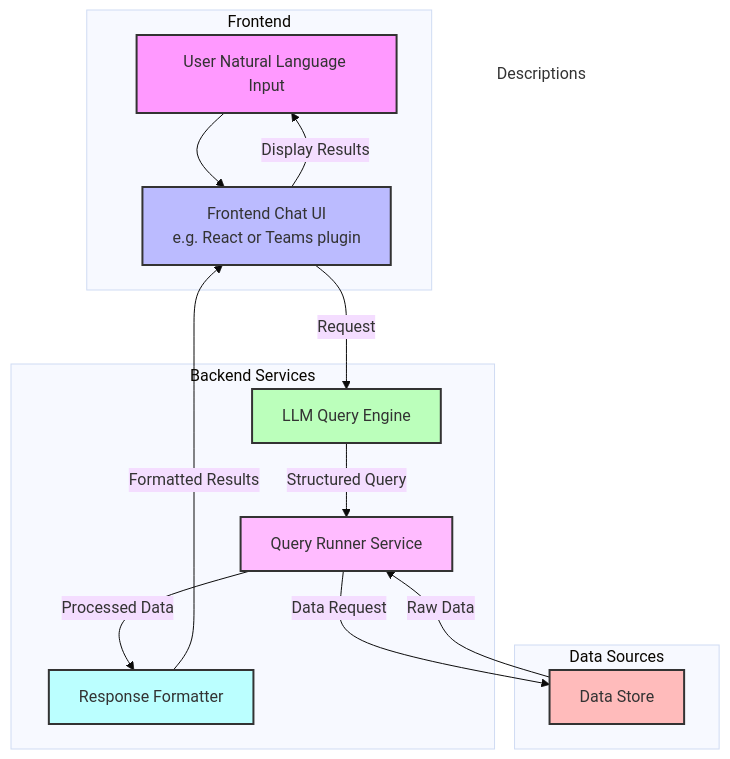
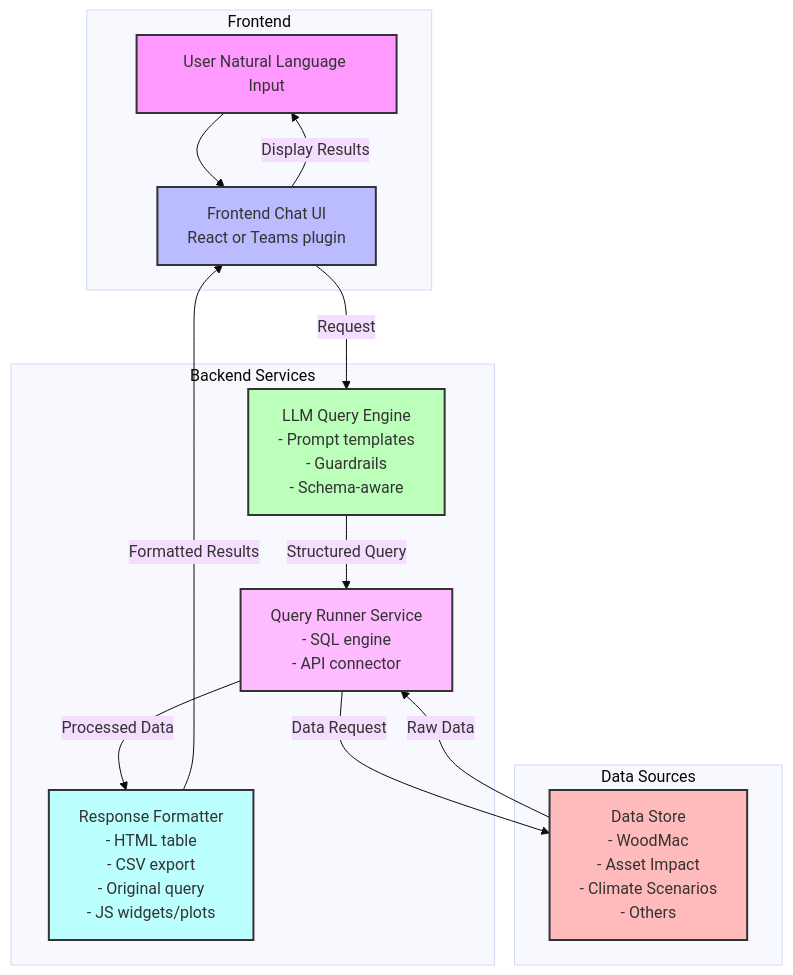
The diagram in README.md (jdhoffa/lucidata), drawn with Mermaid (base theme) before and after one commit.

Commit message:
update mermaid

````diff
--- a/README.md
+++ b/README.md
@@ -45,43 +45,33 @@
 ```mermaid
 graph TD
     A[User Natural Language Input] --> B[Frontend Chat UI]
     B --> |Request| C[LLM Query Engine]
     C --> |Structured Query| D[Query Runner Service]
     D --> |Data Request| E[Data Store]
     E --> |Raw Data| D
     D --> |Processed Data| F[Response Formatter]
     F --> |Formatted Results| B
     B --> |Display Results| A
 
     style A fill:#f9f,stroke:#333,stroke-width:2px
     style B fill:#bbf,stroke:#333,stroke-width:2px
     style C fill:#bfb,stroke:#333,stroke-width:2px
     style D fill:#fbf,stroke:#333,stroke-width:2px
     style E fill:#fbb,stroke:#333,stroke-width:2px
     style F fill:#bff,stroke:#333,stroke-width:2px
 
     subgraph "Frontend"
-        A[User Natural Language Input]
-        B[Frontend Chat UI<br>e.g. React or Teams plugin]
+        A
+        B[Frontend Chat UI<br>React or Teams plugin]
     end
 
     subgraph "Backend Services"
-        C[LLM Query Engine]
-        D[Query Runner Service]
-        F[Response Formatter]
+        C[LLM Query Engine<br>- Prompt templates<br>- Guardrails<br>- Schema-aware]
+        D[Query Runner Service<br>- SQL engine <br>- API connector]
+        F[Response Formatter<br>- HTML table<br>- CSV export<br>- Original query<br>- JS widgets/plots]
     end
 
     subgraph "Data Sources"
-        E[Data Store]
+        E[Data Store<br>- WoodMac<br>- Asset Impact<br>- Climate Scenarios <br>- Others]
     end
-
-    classDef default fill:#f9f,stroke:#333,stroke-width:1px
-    classDef component fill:#bbf,stroke:#333,stroke-width:1px
-    
-    %% Component details
-    class A default
-    class B component
-    
-    classDef hidden fill:none,stroke:none,color:none
-    style Descriptions fill:none,stroke:none
 ```
````
